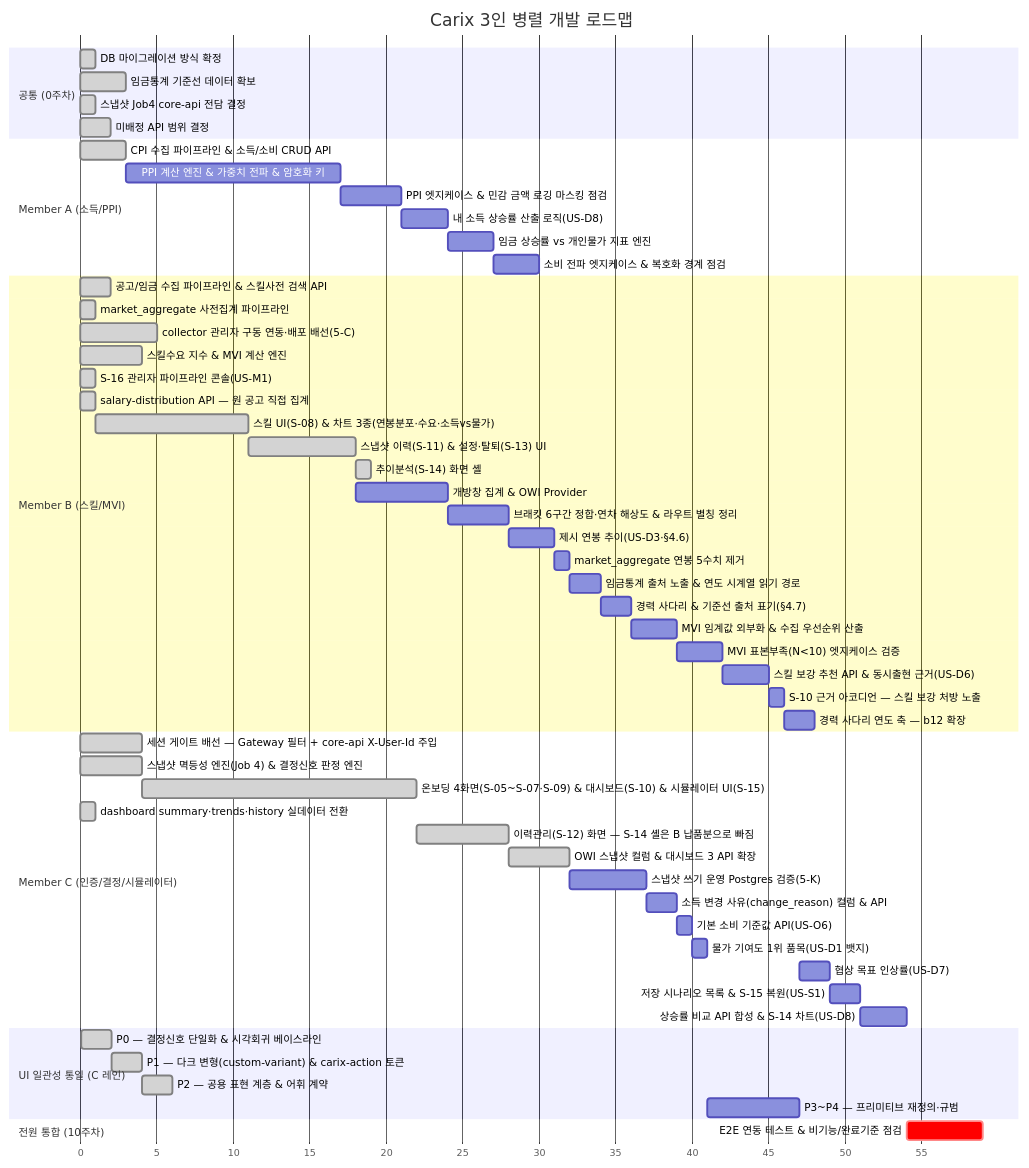
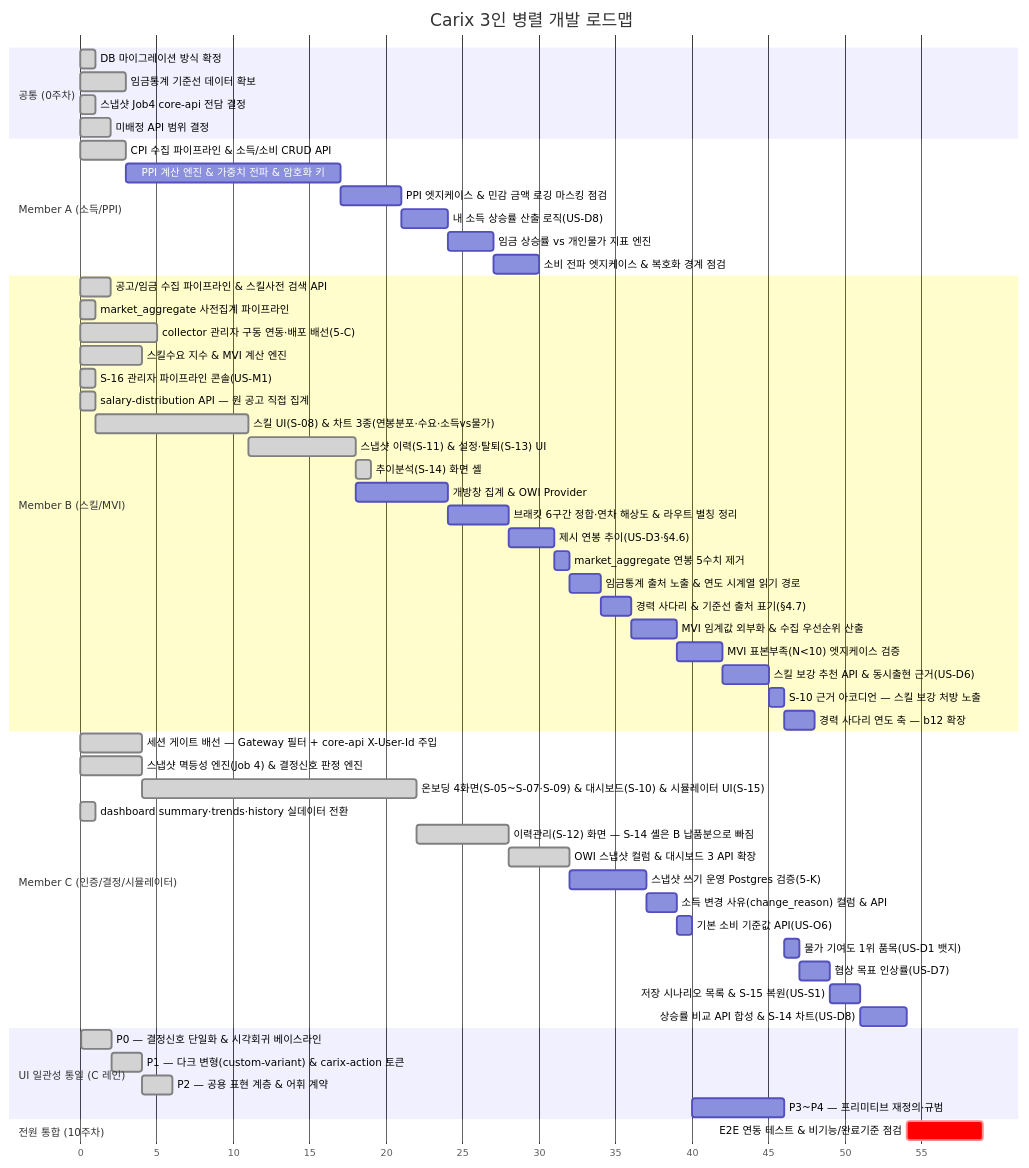
Before and after one commit to SeoHyeokGyu/Carix: the first of 2 diagrams in docs/plans/carix-dev-plan.md, drawn with Mermaid. The commit also changed other lines of this file, not shown here.

Commit message:
docs: c12 를 ui3 뒤로 미뤄 하루 만의 재작업을 없앤다
`c12`(물가 기여도 1위 품목 뱃지, `S-10`)가 48~49 에 뱃지를 만들고
`ui3`(UI 일관성 통일 P3~P4)가 바로 다음 날 49~55 에 프리미티브를 갈아엎고
있었다. 같은 사람이라 충돌은 안 나지만 만든 지 하루 만에 다시 그린다.

사슬을 `c11` → `ui3` → `c12` → `c8` 로 바꾼다. `ui3` 48~54, `c12` 54~55 로
뱃지가 새 프리미티브 위에서 한 번에 선다.

C 종료 일차와 `e2e` 는 변하지 않는다 — `c9` 59, `c14` 62, `e2e` 68.

````diff
--- a/docs/plans/carix-dev-plan.md
+++ b/docs/plans/carix-dev-plan.md
@@ -89,60 +89,60 @@
 ```mermaid
 gantt
     title Carix 3인 병렬 개발 로드맵
     dateFormat X
     axisFormat %s
     section 공통 (0주차)
     DB 마이그레이션 방식 확정 :done, c0a, 0, 1s
     임금통계 기준선 데이터 확보 :done, a0, 3, 3s
     스냅샷 Job4 core-api 전담 결정 :done, i0, 7, 1s
     미배정 API 범위 결정 :done, c0, 7, 2s
     section Member A (소득/PPI)
     CPI 수집 파이프라인 & 소득/소비 CRUD API :done, a1, 12, 3s
     PPI 계산 엔진 & 가중치 전파 & 암호화 키 :a2, after a1, 14s
     PPI 엣지케이스 & 민감 금액 로깅 마스킹 점검 :a7, after a2, 4s
     내 소득 상승률 산출 로직(US-D8) :a9, after a7, 3s
     임금 상승률 vs 개인물가 지표 엔진 :a10, after a9, 3s
     소비 전파 엣지케이스 & 복호화 경계 점검 :a12, after a10, 3s
     section Member B (스킬/MVI)
     공고/임금 수집 파이프라인 & 스킬사전 검색 API :done, b1, 2, 2s
     market_aggregate 사전집계 파이프라인 :done, b2a, 3, 1s
     collector 관리자 구동 연동·배포 배선(5-C) :done, b0, 7, 5s
     스킬수요 지수 & MVI 계산 엔진 :done, b2, 8, 4s
     S-16 관리자 파이프라인 콘솔(US-M1) :done, b16, 14, 1s
     salary-distribution API — 원 공고 직접 집계 :done, b3a, 15, 1s
     스킬 UI(S-08) & 차트 3종(연봉분포·수요·소득vs물가) :done, b3, after b3a, 10s
     스냅샷 이력(S-11) & 설정·탈퇴(S-13) UI :done, b4, after b3, 7s
     추이분석(S-14) 화면 셸 :done, b4a, after b4, 1s
     개방창 집계 & OWI Provider :b6, after b4, 6s
     브래킷 6구간 정합·연차 해상도 & 라우트 별칭 정리 :b7, after b6, 4s
     제시 연봉 추이(US-D3·§4.6) :b10, after b7, 3s
     market_aggregate 연봉 5수치 제거 :b11, after b10, 1s
     임금통계 출처 노출 & 연도 시계열 읽기 경로 :b13, after b11, 2s
     경력 사다리 & 기준선 출처 표기(§4.7) :b12, after b13, 2s
     MVI 임계값 외부화 & 수집 우선순위 산출 :b8, after b12, 3s
     MVI 표본부족(N<10) 엣지케이스 검증 :b8a, after b8, 3s
     스킬 보강 추천 API & 동시출현 근거(US-D6) :b9, after b8a, 3s
     S-10 근거 아코디언 — 스킬 보강 처방 노출 :b15, after b9, 1s
     경력 사다리 연도 축 — b12 확장 :b14, after b15, 2s
     section Member C (인증/결정/시뮬레이터)
     세션 게이트 배선 — Gateway 필터 + core-api X-User-Id 주입 :done, c0b, 7, 4s
     스냅샷 멱등성 엔진(Job 4) & 결정신호 판정 엔진 :done, c2, 8, 4s
     온보딩 4화면(S-05~S-07·S-09) & 대시보드(S-10) & 시뮬레이터 UI(S-15) :done, c3, after c2, 18s
     dashboard summary·trends·history 실데이터 전환 :done, c4a, 15, 1s
     이력관리(S-12) 화면 — S-14 셸은 B 납품분으로 빠짐 :done, c4, after c3, 6s
     OWI 스냅샷 컬럼 & 대시보드 3 API 확장 :done, c6, after c4, 4s
     스냅샷 쓰기 운영 Postgres 검증(5-K) :c5, after c6, 5s
     소득 변경 사유(change_reason) 컬럼 & API :c10, after c5, 2s
     기본 소비 기준값 API(US-O6) :c11, after c10, 1s
-    물가 기여도 1위 품목(US-D1 뱃지) :c12, after c11, 1s
-    협상 목표 인상률(US-D7) :c8, after ui3, 2s
+    물가 기여도 1위 품목(US-D1 뱃지) :c12, after ui3, 1s
+    협상 목표 인상률(US-D7) :c8, after c12, 2s
     저장 시나리오 목록 & S-15 복원(US-S1) :c9, after c8, 2s
     상승률 비교 API 합성 & S-14 차트(US-D8) :c14, after c9 a9 a10 b13, 3s
     section UI 일관성 통일 (C 레인)
     P0 — 결정신호 단일화 & 시각회귀 베이스라인 :done, ui0, 33, 2s
     P1 — 다크 변형(custom-variant) & carix-action 토큰 :done, ui1, after ui0, 2s
     P2 — 공용 표현 계층 & 어휘 계약 :done, ui2, after ui1, 2s
-    P3~P4 — 프리미티브 재정의·규범 :ui3, after c12, 6s
+    P3~P4 — 프리미티브 재정의·규범 :ui3, after c11, 6s
     section 전원 통합 (10주차)
     E2E 연동 테스트 & 비기능/완료기준 점검 :crit, e2e, after a12 b14 c14, 5s
 ```
````
